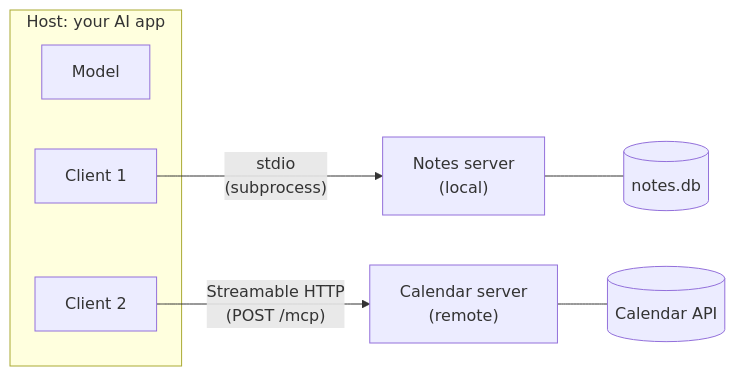
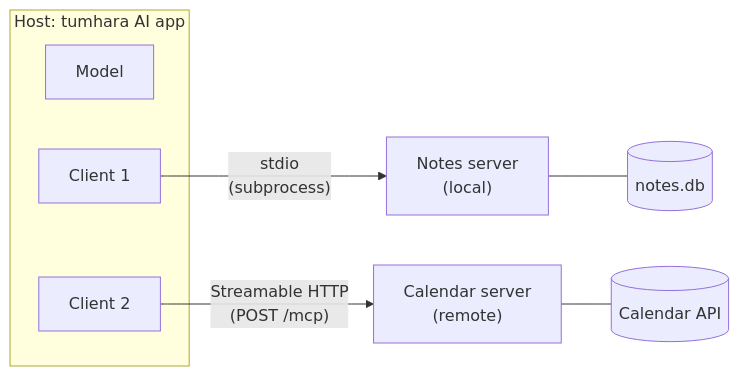
One commit to asmustechno/agentic-ai-notes changed the first of 2 diagrams in docs/04-model-context-protocol/04.2-hosts-clients-and-servers.md. Above: the diagram before and after it, drawn with Mermaid. The commit also changed other lines of this file and 135 other files, not shown here.

````diff
--- a/docs/04-model-context-protocol/04.2-hosts-clients-and-servers.md
+++ b/docs/04-model-context-protocol/04.2-hosts-clients-and-servers.md
@@ -45,12 +45,12 @@
 ```mermaid
 flowchart LR
-    subgraph Host["Host: your AI app"]
+    subgraph Host["Host: tumhara AI app"]
         LLM[Model]
         C1[Client 1]
         C2[Client 2]
     end
     C1 -->|"stdio<br/>(subprocess)"| S1["Notes server<br/>(local)"]
     C2 -->|"Streamable HTTP<br/>(POST /mcp)"| S2["Calendar server<br/>(remote)"]
     S1 --- D1[("notes.db")]
     S2 --- D2[("Calendar API")]
 ```
````
